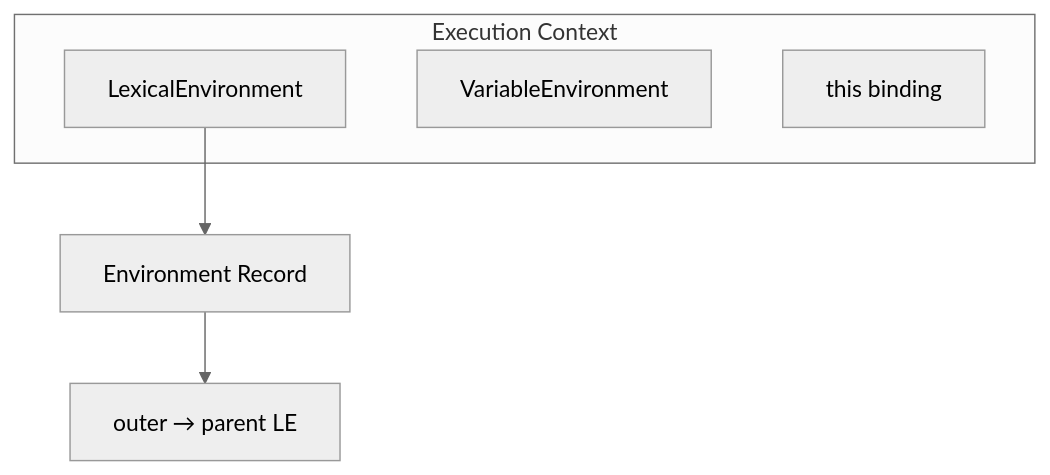
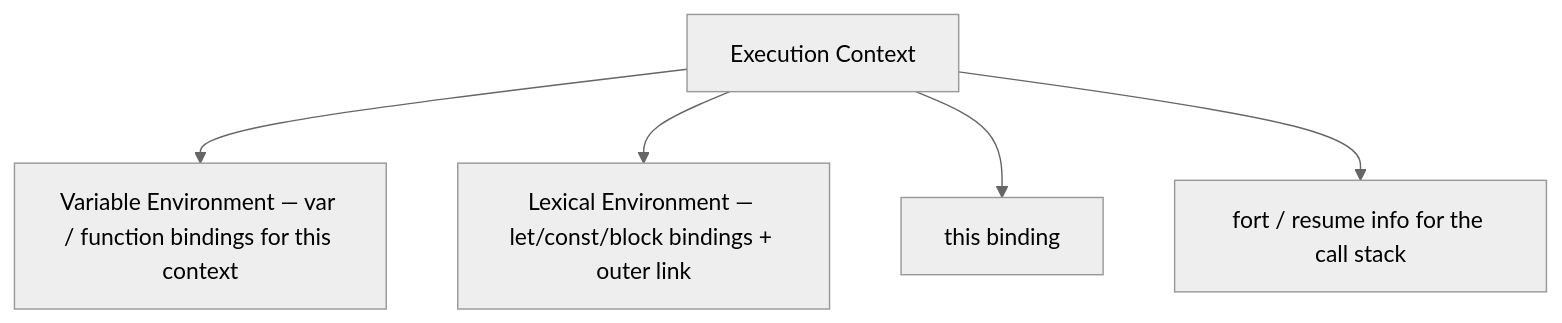
Before and after one commit to prajjwaljogdand/FullstackPreparation: the second of 8 diagrams in docs/javascript/02-execution-context.md, drawn with Mermaid (neutral theme). The commit also changed other lines of this file and 91 other files, not shown here.

````diff
--- a/docs/javascript/02-execution-context.md
+++ b/docs/javascript/02-execution-context.md
@@ -15,10 +68,8 @@
 ```mermaid
 flowchart TB
-  subgraph EC ["Execution Context"]
-    LE["LexicalEnvironment"]
-    VE["VariableEnvironment"]
-    TH["this binding"]
-  end
-  LE --> ER["Environment Record"]
-  ER --> OUTER["outer → parent LE"]
+  EC["Execution Context"]
+  EC --> VE["Variable Environment — var / function bindings for this context"]
+  EC --> LE["Lexical Environment — let/const/block bindings + outer link"]
+  EC --> TH["this binding"]
+  EC --> RES[" fort / resume info for the call stack"]
 ```
````
